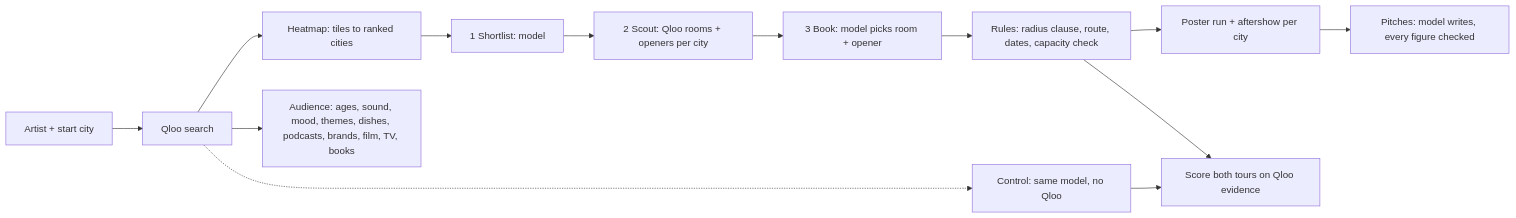
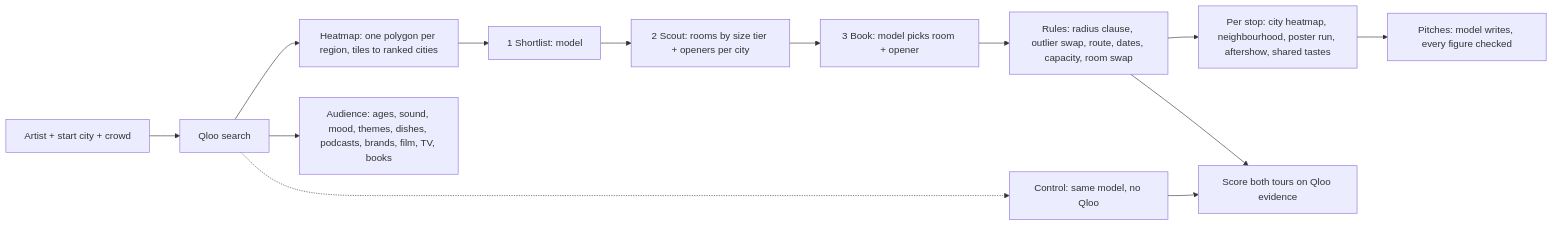
Before and after one commit to RohanGlitched/routed: the diagram in README.md, drawn with Mermaid. The commit also changed other lines of this file and 5 other files, not shown here.

Commit message:
Openers: a band member by Qloo's description can't open for the band; Wikidata searched with the city too; benchmark script polls when its stream drops; README and tools for a judge

````diff
--- a/README.md
+++ b/README.md
@@ -83,15 +81,15 @@
 ```mermaid
 flowchart LR
-  A[Artist + start city] --> S[Qloo search]
-  S --> H[Heatmap: tiles to ranked cities]
+  A[Artist + start city + crowd] --> S[Qloo search]
+  S --> H[Heatmap: one polygon per region, tiles to ranked cities]
   S --> D[Audience: ages, sound, mood, themes, dishes, podcasts, brands, film, TV, books]
   S -.-> G[Control: same model, no Qloo]
   H --> L[1 Shortlist: model]
-  L --> C[2 Scout: Qloo rooms + openers per city]
+  L --> C[2 Scout: rooms by size tier + openers per city]
   C --> B[3 Book: model picks room + opener]
-  B --> R[Rules: radius clause, route, dates, capacity check]
-  R --> P[Poster run + aftershow per city]
-  P --> W[Pitches: model writes, every figure checked]
+  B --> R[Rules: radius clause, outlier swap, route, dates, capacity, room swap]
+  R --> N[Per stop: city heatmap, neighbourhood, poster run, aftershow, shared tastes]
+  N --> W[Pitches: model writes, every figure checked]
   G --> X[Score both tours on Qloo evidence]
   R --> X
 ```
````
